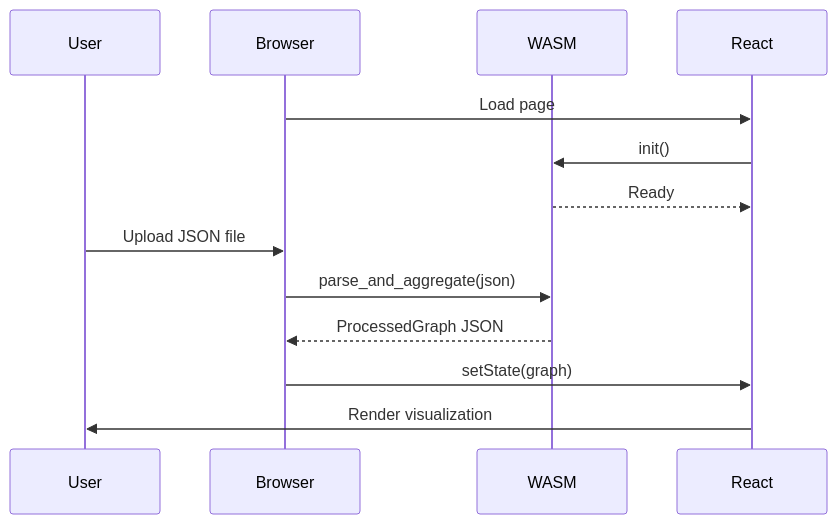
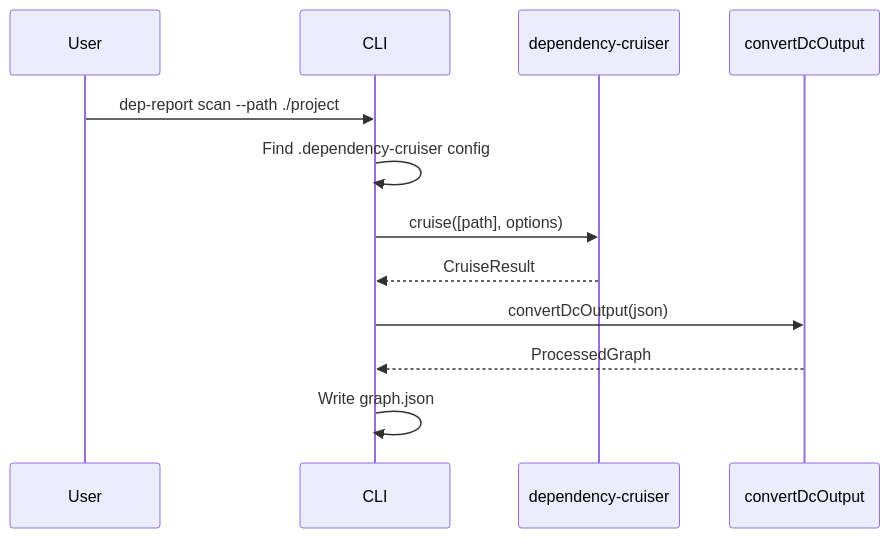
Before and after one commit to fisher-89/dependency-cruiser-reporter: the third of 6 diagrams in docs/architecture/data-flow.md, drawn with Mermaid. The commit also changed other lines of this file and 20 other files, not shown here.

````diff
--- a/docs/architecture/data-flow.md
+++ b/docs/architecture/data-flow.md
@@ -163,16 +126,15 @@
 ```mermaid
 sequenceDiagram
     participant User
-    participant Browser
-    participant WASM
-    participant React
+    participant CLI
+    participant DC as dependency-cruiser
+    participant Convert as convertDcOutput
 
-    Browser->>React: Load page
-    React->>WASM: init()
-    WASM-->>React: Ready
-    User->>Browser: Upload JSON file
-    Browser->>WASM: parse_and_aggregate(json)
-    WASM-->>Browser: ProcessedGraph JSON
-    Browser->>React: setState(graph)
-    React->>User: Render visualization
+    User->>CLI: dep-report scan --path ./project
+    CLI->>CLI: Find .dependency-cruiser config
+    CLI->>DC: cruise([path], options)
+    DC-->>CLI: CruiseResult
+    CLI->>Convert: convertDcOutput(json)
+    Convert-->>CLI: ProcessedGraph
+    CLI->>CLI: Write graph.json
 ```
````
